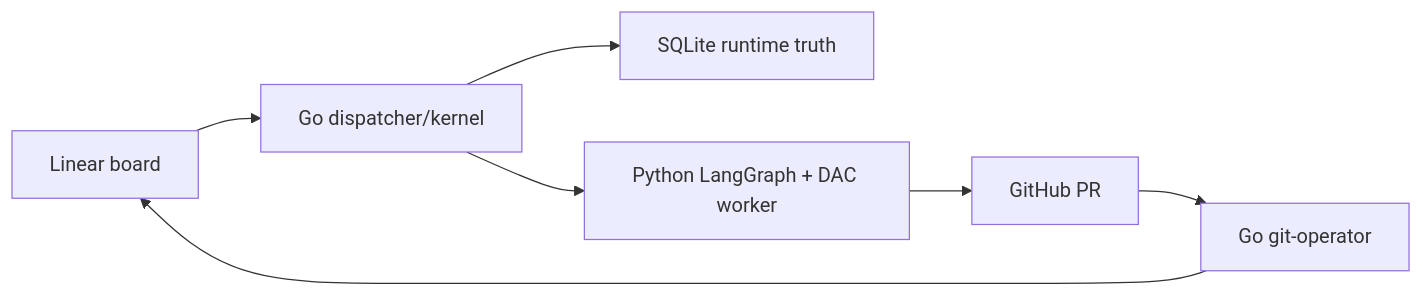
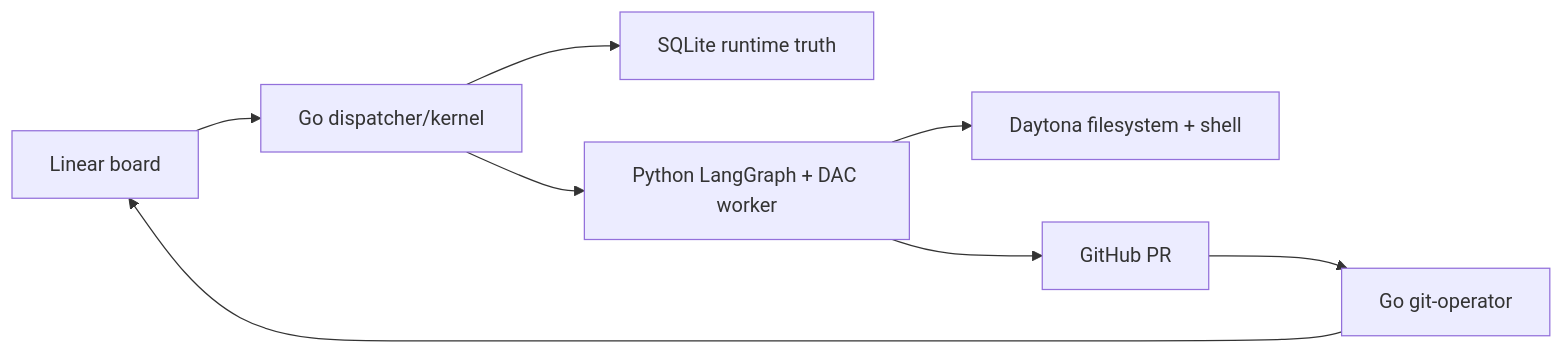
The diagram in README.md (xlyk/clipse), drawn with Mermaid before and after one commit. The commit also changed other lines of this file and 13 other files, not shown here.

````diff
--- a/README.md
+++ b/README.md
@@ -68,9 +77,10 @@
 ```mermaid
 graph LR
   Linear["Linear board"] --> Kernel["Go dispatcher/kernel"]
   Kernel --> SQLite["SQLite runtime truth"]
   Kernel --> Worker["Python LangGraph + DAC worker"]
+  Worker --> Daytona["Daytona filesystem + shell"]
   Worker --> PR["GitHub PR"]
   PR --> GitOps["Go git-operator"]
   GitOps --> Linear
 ```
````
